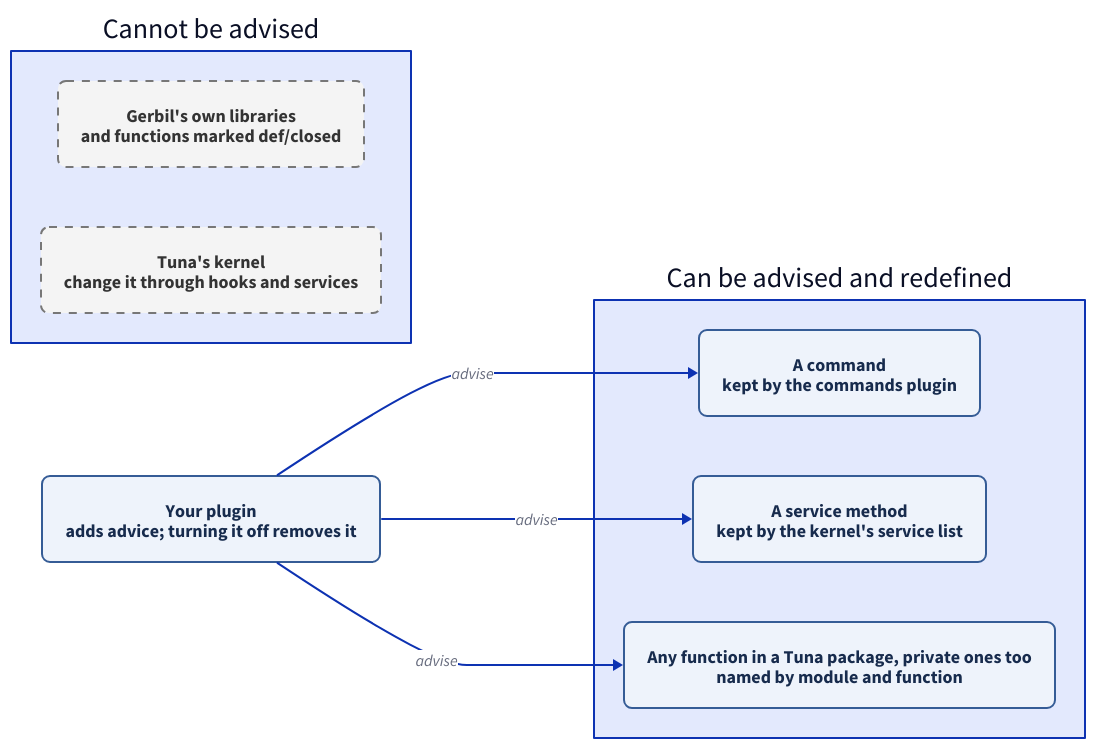
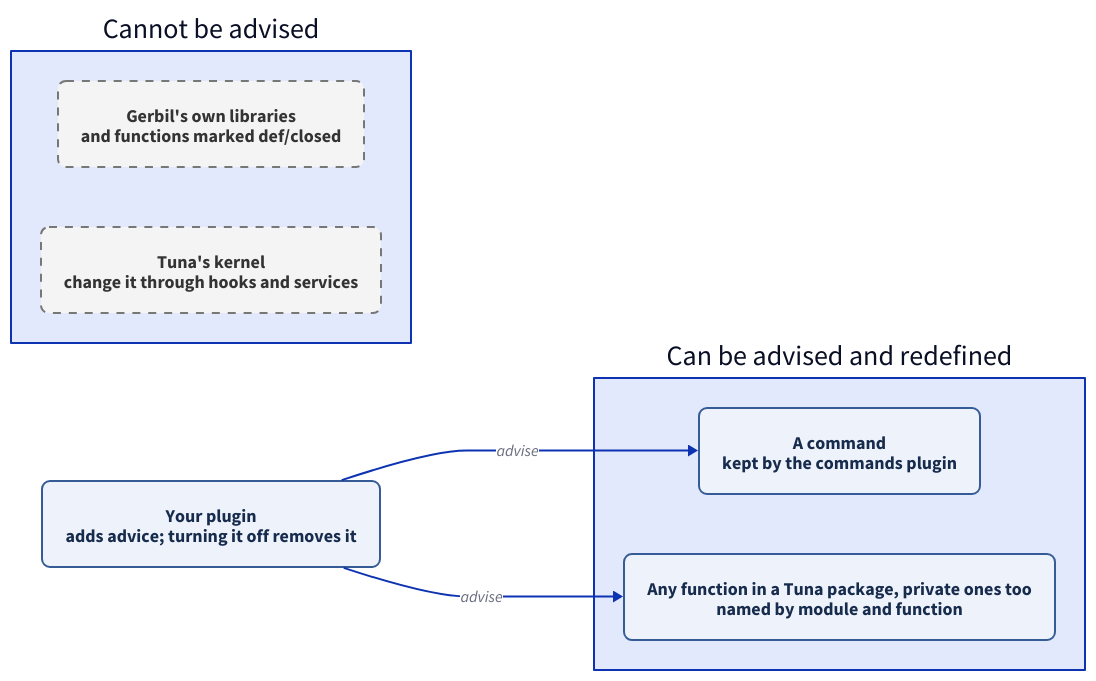
One commit to jaybonthius/tuna changed the diagram in docs/diagrams/advice-targets.d2. Above: the diagram before and after it, drawn with D2. The commit also changed 11 other files, not shown here.

```diff
--- a/docs/diagrams/advice-targets.d2
+++ b/docs/diagrams/advice-targets.d2
@@ -1,47 +1,45 @@
 # What can be advised, and who keeps the advice?
 vars: {
   d2-config: {
     layout-engine: dagre
     theme-id: 0
   }
 }
 direction: right
 
 classes: {
   yes: {
     style: {
       fill: "#eef3fb"
       stroke: "#355c96"
       font-color: "#172b4d"
       border-radius: 8
       font-size: 18
     }
   }
   no: {
     style: {
       fill: "#f4f4f4"
       stroke: "#777777"
       font-color: "#333333"
       border-radius: 8
       stroke-dash: 4
       font-size: 18
     }
   }
 }
 
 plugin: "Your plugin\nadds advice; turning it off removes it" {class: yes}
 
 can: "Can be advised and redefined" {
   cmd: "A command\nkept by the commands plugin" {class: yes}
-  svc: "A service method\nkept by the kernel's service list" {class: yes}
   decl: "Any function in a Tuna package, private ones too\nnamed by module and function" {class: yes}
 }
 
 cannot: "Cannot be advised" {
   plain: "Gerbil's own libraries\nand functions marked def/closed" {class: no}
   kernel: "Tuna's kernel\nchange it through hooks and services" {class: no}
 }
 
 plugin -> can.cmd: "advise"
-plugin -> can.svc: "advise"
 plugin -> can.decl: "advise"
```
